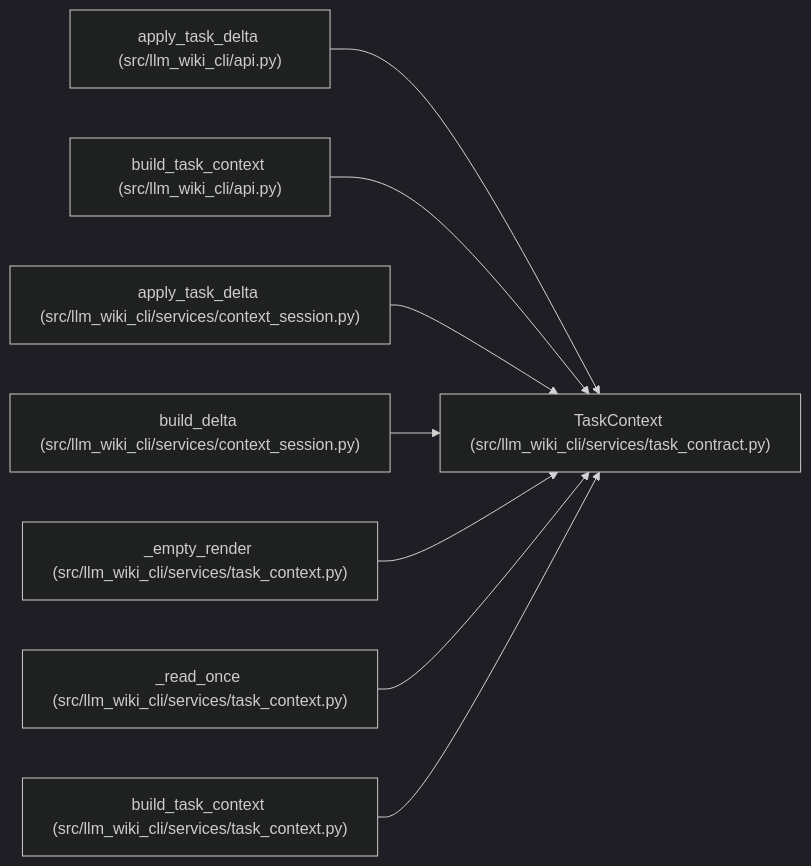
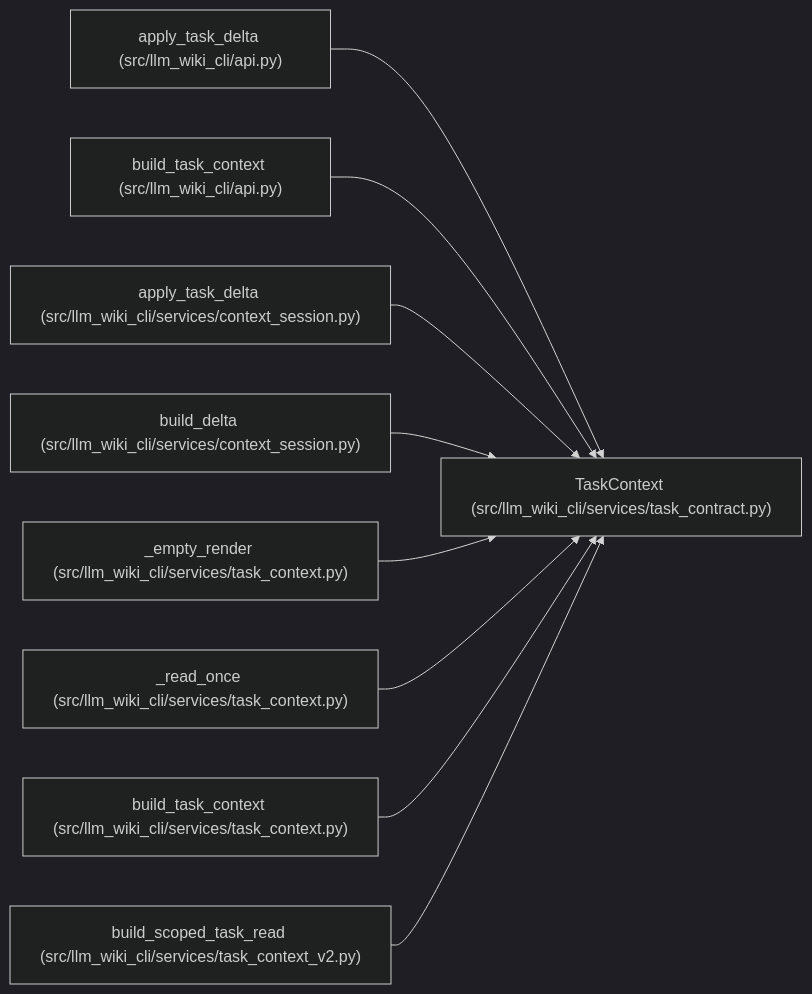
The diagram in docs/llm_wiki/entities/TaskContext.md (Denissvgn/python-wiki-llm), drawn with Mermaid (dark theme) before and after one commit. The commit also changed other lines of this file and 6245 other files, not shown here.

````diff
--- a/docs/llm_wiki/entities/TaskContext.md
+++ b/docs/llm_wiki/entities/TaskContext.md
@@ -34,26 +35,29 @@
 ```mermaid
 flowchart LR
     n0["TaskContext (src/llm_wiki_cli/services/task_contract.py)"]
     n1["apply_task_delta (src/llm_wiki_cli/api.py)"]
     n2["build_task_context (src/llm_wiki_cli/api.py)"]
     n3["apply_task_delta (src/llm_wiki_cli/services/context_session.py)"]
     n4["build_delta (src/llm_wiki_cli/services/context_session.py)"]
     n5["_empty_render (src/llm_wiki_cli/services/task_context.py)"]
     n6["_read_once (src/llm_wiki_cli/services/task_context.py)"]
     n7["build_task_context (src/llm_wiki_cli/services/task_context.py)"]
+    n8["build_scoped_task_read (src/llm_wiki_cli/services/task_context_v2.py)"]
     n1 --> n0
     n2 --> n0
     n3 --> n0
     n4 --> n0
     n5 --> n0
     n6 --> n0
     n7 --> n0
+    n8 --> n0
     click n0 "../modules/task_contract.md"
     click n1 "../modules/api.md"
     click n2 "../modules/api.md"
     click n3 "../modules/context_session.md"
     click n4 "../modules/context_session.md"
     click n5 "../modules/task_context.md"
     click n6 "../modules/task_context.md"
     click n7 "../modules/task_context.md"
+    click n8 "../modules/task_context_v2.md"
 ```
````
